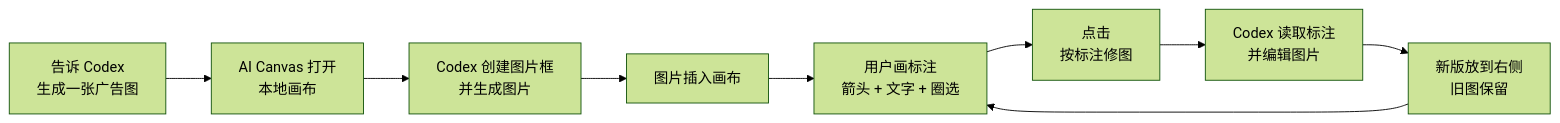
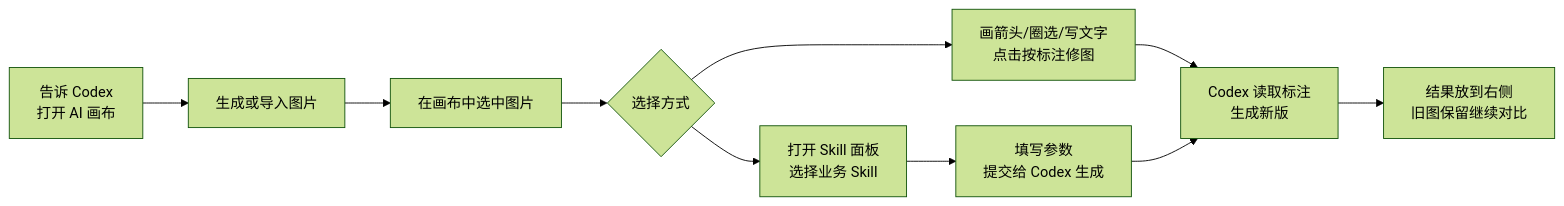
One commit to binghe1980/AI-Canvas changed the diagram in README.md. Above: the diagram before and after it, drawn with Mermaid (forest theme). The commit also changed other lines of this file and 32 other files, not shown here.

Commit message:
Document AI Canvas skill workflows

````diff
--- a/README.md
+++ b/README.md
@@ -83,11 +85,12 @@
 ```mermaid
 flowchart LR
-  A["告诉 Codex<br/>生成一张广告图"] --> B["AI Canvas 打开<br/>本地画布"]
-  B --> C["Codex 创建图片框<br/>并生成图片"]
-  C --> D["图片插入画布"]
-  D --> E["用户画标注<br/>箭头 + 文字 + 圈选"]
-  E --> F["点击<br/>按标注修图"]
-  F --> G["Codex 读取标注<br/>并编辑图片"]
-  G --> H["新版放到右侧<br/>旧图保留"]
-  H --> E
+  A["告诉 Codex<br/>打开 AI 画布"] --> B["生成或导入图片"]
+  B --> C["在画布中选中图片"]
+  C --> D{"选择方式"}
+  D --> E["画箭头/圈选/写文字<br/>点击按标注修图"]
+  D --> F["打开 Skill 面板<br/>选择业务 Skill"]
+  E --> G["Codex 读取标注<br/>生成新版"]
+  F --> H["填写参数<br/>提交给 Codex 生成"]
+  H --> G
+  G --> I["结果放到右侧<br/>旧图保留继续对比"]
 ```
````
